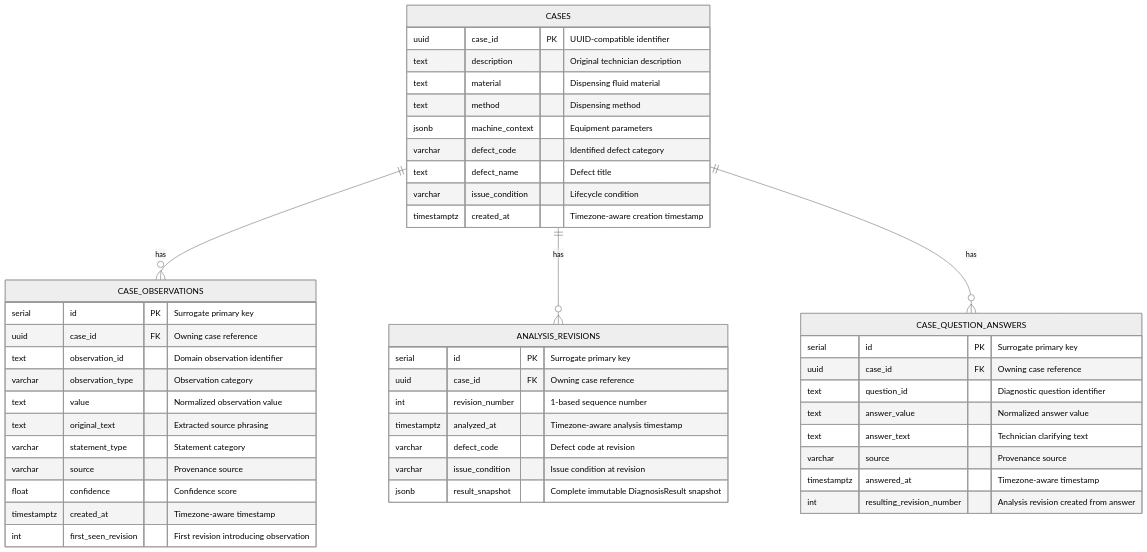
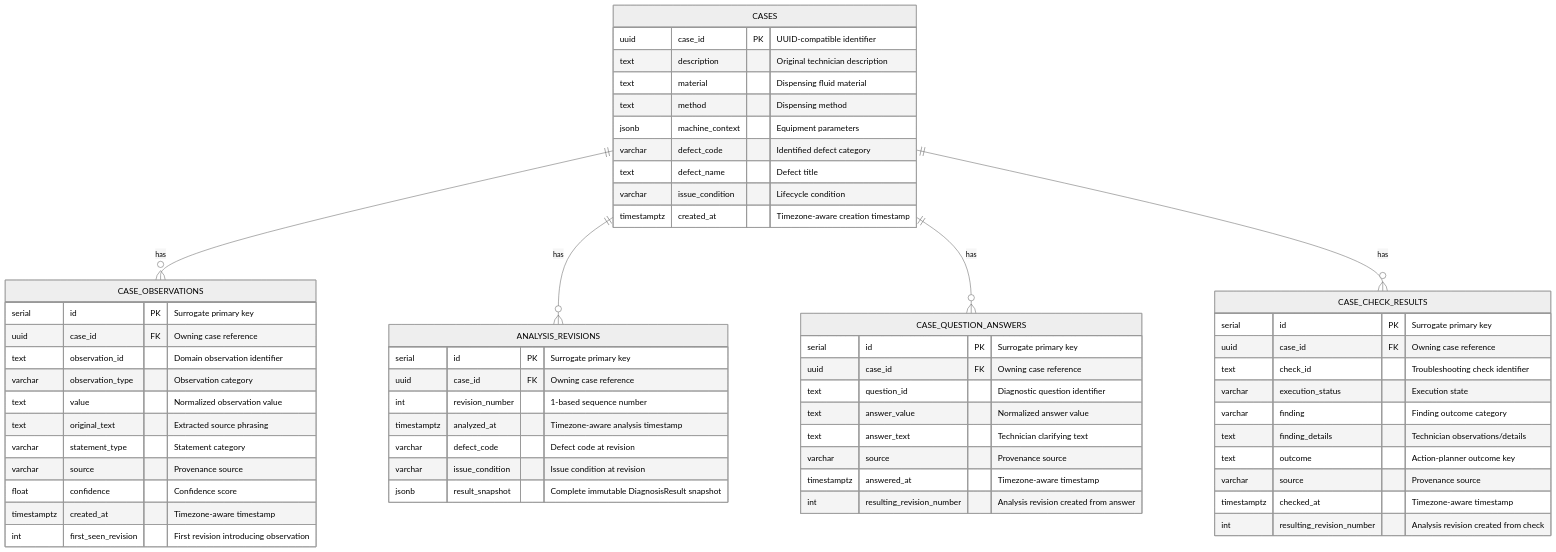
One commit to ImLWChuen/dispense_lense_koi changed the diagram in docs/database/erd.md. Above: the diagram before and after it, drawn with Mermaid (neutral theme). The commit also changed other lines of this file and 14 other files, not shown here.

Commit message:
feat(api): add durable troubleshooting check workflow

````diff
--- a/docs/database/erd.md
+++ b/docs/database/erd.md
@@ -18,53 +19,67 @@
 ```mermaid
 erDiagram
     CASES ||--o{ CASE_OBSERVATIONS : "has"
     CASES ||--o{ ANALYSIS_REVISIONS : "has"
     CASES ||--o{ CASE_QUESTION_ANSWERS : "has"
+    CASES ||--o{ CASE_CHECK_RESULTS : "has"
 
     CASES {
         uuid case_id PK "UUID-compatible identifier"
         text description "Original technician description"
         text material "Dispensing fluid material"
         text method "Dispensing method"
         jsonb machine_context "Equipment parameters"
         varchar defect_code "Identified defect category"
         text defect_name "Defect title"
         varchar issue_condition "Lifecycle condition"
         timestamptz created_at "Timezone-aware creation timestamp"
     }
 
     CASE_OBSERVATIONS {
         serial id PK "Surrogate primary key"
         uuid case_id FK "Owning case reference"
         text observation_id "Domain observation identifier"
         varchar observation_type "Observation category"
         text value "Normalized observation value"
         text original_text "Extracted source phrasing"
         varchar statement_type "Statement category"
         varchar source "Provenance source"
         float confidence "Confidence score"
         timestamptz created_at "Timezone-aware timestamp"
         int first_seen_revision "First revision introducing observation"
     }
 
     ANALYSIS_REVISIONS {
         serial id PK "Surrogate primary key"
         uuid case_id FK "Owning case reference"
         int revision_number "1-based sequence number"
         timestamptz analyzed_at "Timezone-aware analysis timestamp"
         varchar defect_code "Defect code at revision"
         varchar issue_condition "Issue condition at revision"
         jsonb result_snapshot "Complete immutable DiagnosisResult snapshot"
     }
 
     CASE_QUESTION_ANSWERS {
         serial id PK "Surrogate primary key"
         uuid case_id FK "Owning case reference"
         text question_id "Diagnostic question identifier"
         text answer_value "Normalized answer value"
         text answer_text "Technician clarifying text"
         varchar source "Provenance source"
         timestamptz answered_at "Timezone-aware timestamp"
         int resulting_revision_number "Analysis revision created from answer"
     }
+
+    CASE_CHECK_RESULTS {
+        serial id PK "Surrogate primary key"
+        uuid case_id FK "Owning case reference"
+        text check_id "Troubleshooting check identifier"
+        varchar execution_status "Execution state"
+        varchar finding "Finding outcome category"
+        text finding_details "Technician observations/details"
+        text outcome "Action-planner outcome key"
+        varchar source "Provenance source"
+        timestamptz checked_at "Timezone-aware timestamp"
+        int resulting_revision_number "Analysis revision created from check"
+    }
 ```
````
